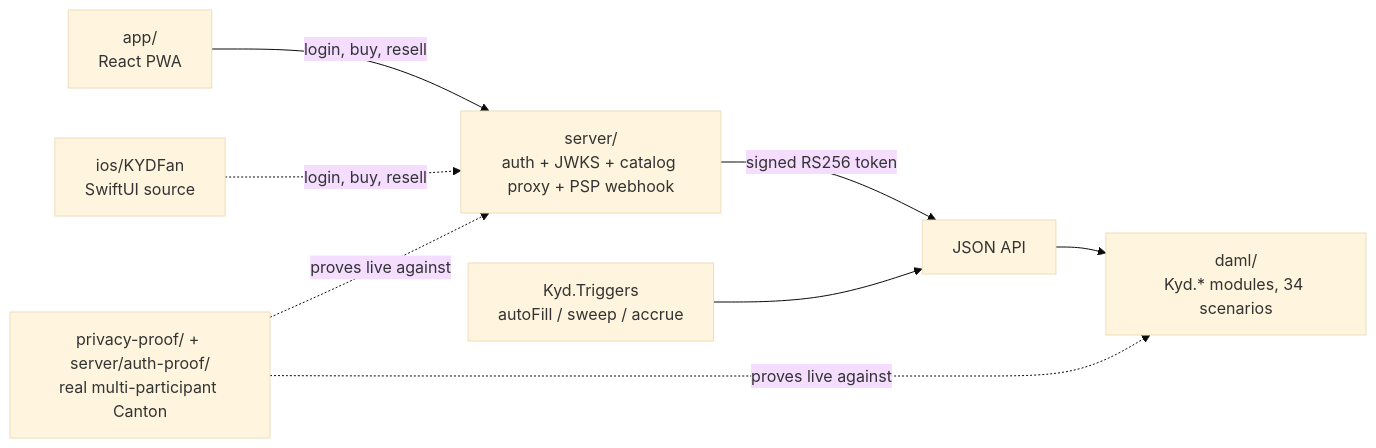
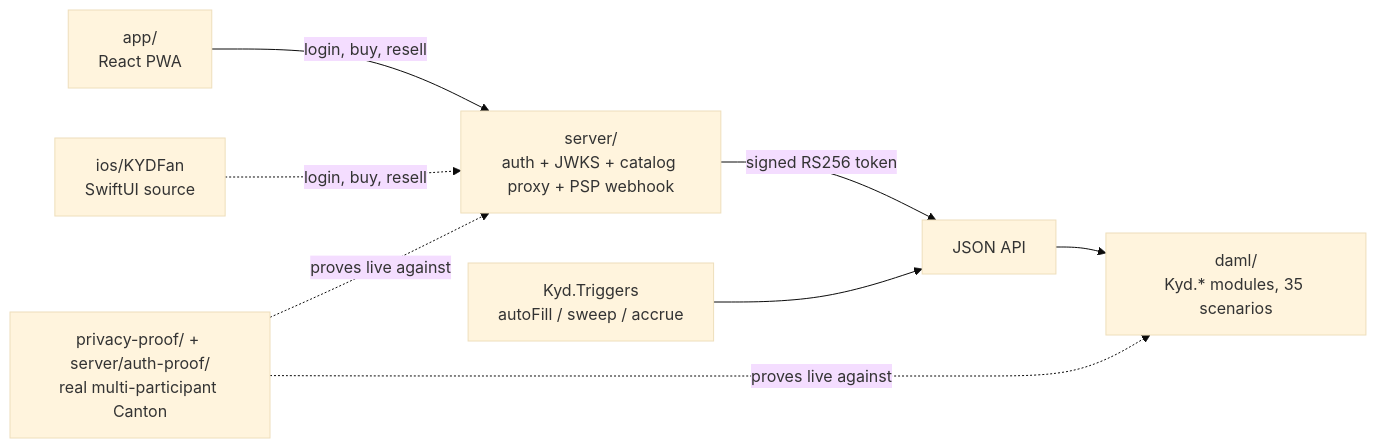
Before and after one commit to 0xSoftBoi/01: the diagram in canton/kyd-tix/HANDOFF.md, drawn with Mermaid (base theme). The commit also changed other lines of this file and 12 other files, not shown here.

````diff
--- a/canton/kyd-tix/HANDOFF.md
+++ b/canton/kyd-tix/HANDOFF.md
@@ -10,18 +10,18 @@
 ```mermaid
 flowchart LR
   APP["app/<br/>React PWA"]
   IOS["ios/KYDFan<br/>SwiftUI source"]
   SERVER["server/<br/>auth + JWKS + catalog proxy + PSP webhook"]
   JSONAPI["JSON API"]
-  DAML["daml/<br/>Kyd.* modules, 34 scenarios"]
+  DAML["daml/<br/>Kyd.* modules, 35 scenarios"]
   TRIGGERS["Kyd.Triggers<br/>autoFill / sweep / accrue"]
   PROOFS["privacy-proof/ + server/auth-proof/<br/>real multi-participant Canton"]
 
   APP -->|"login, buy, resell"| SERVER
   IOS -.->|"login, buy, resell"| SERVER
   SERVER -->|"signed RS256 token"| JSONAPI
   TRIGGERS --> JSONAPI
   JSONAPI --> DAML
   PROOFS -.->|"proves live against"| DAML
   PROOFS -.->|"proves live against"| SERVER
 ```
````
